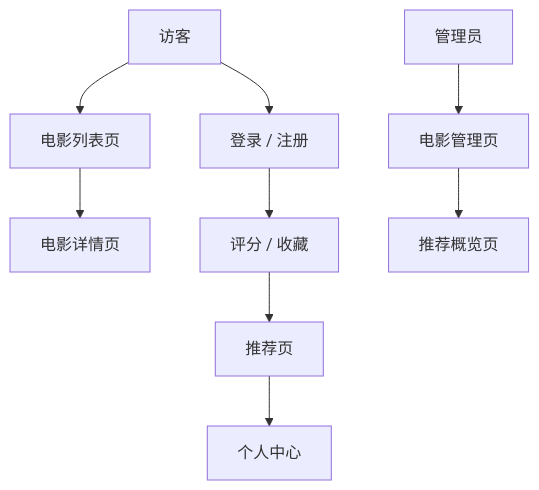
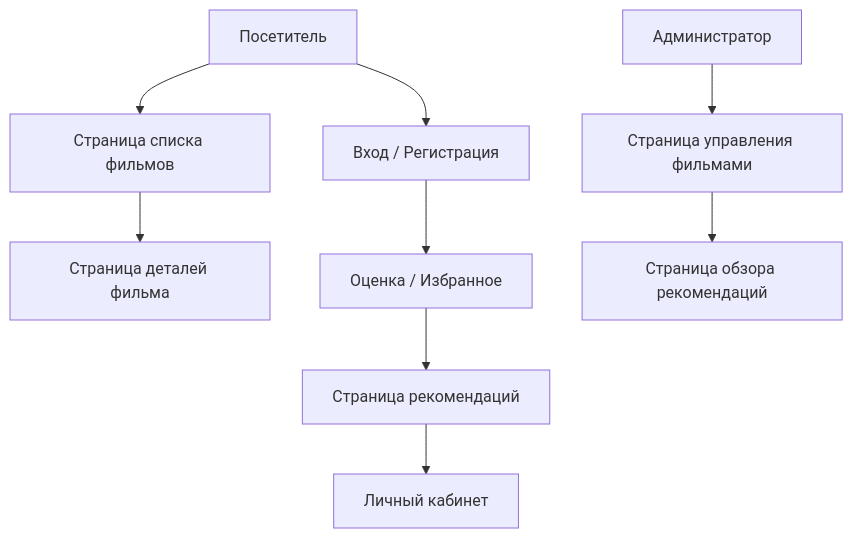
The second of 2 diagrams in docs/ru-ru/stage-2/assignments/movie-recommendation-springboot/PRD.md (Libertad-Harbour-LLC/study_vibe), drawn with Mermaid before and after one commit. The commit also changed other lines of this file and 17 other files, not shown here.

````diff
--- a/docs/ru-ru/stage-2/assignments/movie-recommendation-springboot/PRD.md
+++ b/docs/ru-ru/stage-2/assignments/movie-recommendation-springboot/PRD.md
@@ -203,11 +203,11 @@
 ```mermaid
 flowchart TD
-  visitor["访客"] --> list["电影列表页"]
-  list --> detail["电影详情页"]
-  visitor --> login["登录 / 注册"]
-  login --> rate["评分 / 收藏"]
-  rate --> reco["推荐页"]
-  reco --> me["个人中心"]
-  admin["管理员"] --> movies["电影管理页"]
-  movies --> recoAdmin["推荐概览页"]
+  visitor["Посетитель"] --> list["Страница списка фильмов"]
+  list --> detail["Страница деталей фильма"]
+  visitor --> login["Вход / Регистрация"]
+  login --> rate["Оценка / Избранное"]
+  rate --> reco["Страница рекомендаций"]
+  reco --> me["Личный кабинет"]
+  admin["Администратор"] --> movies["Страница управления фильмами"]
+  movies --> recoAdmin["Страница обзора рекомендаций"]
 ```
````
